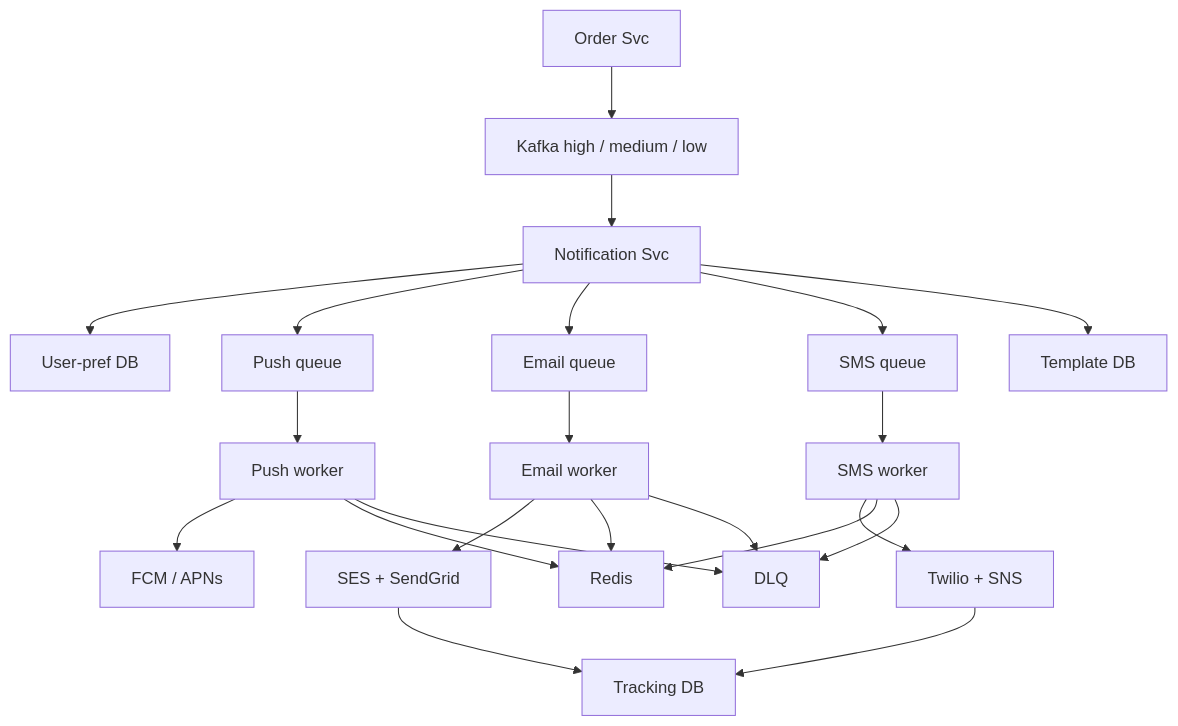
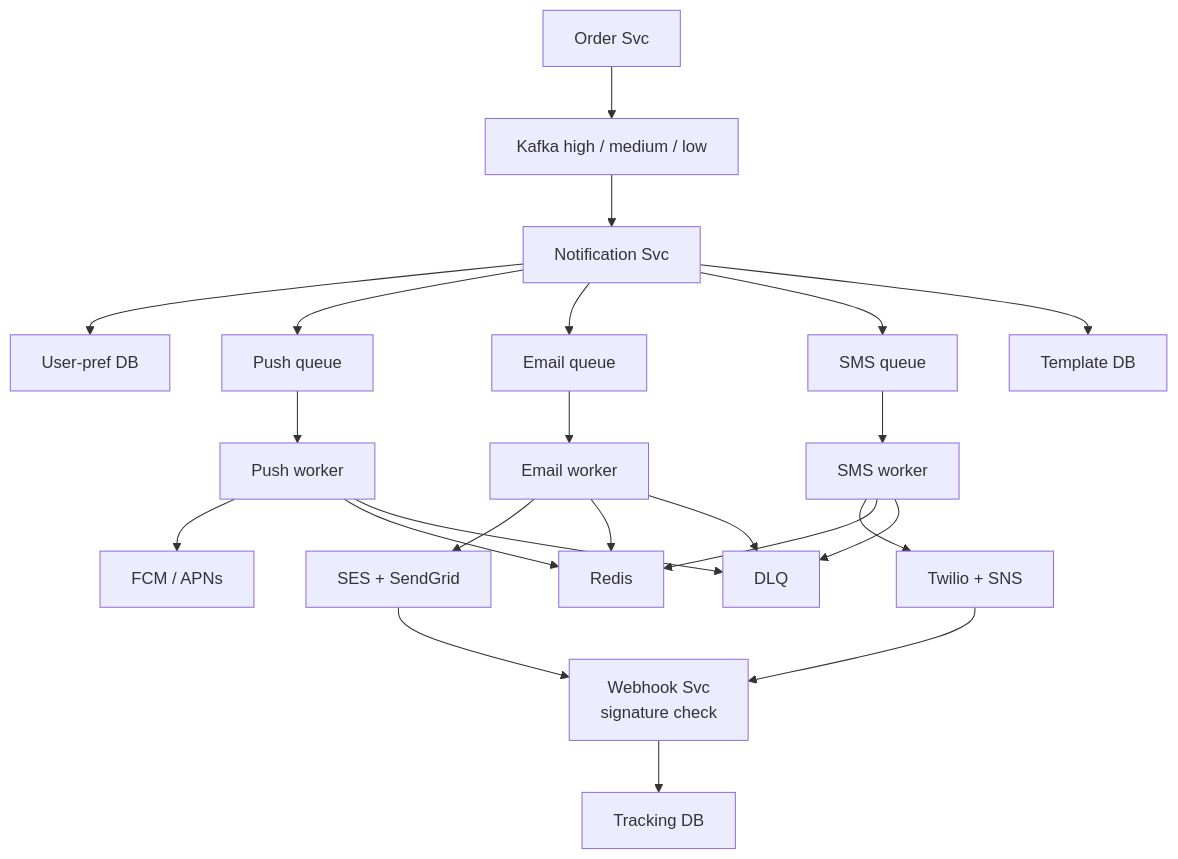
One commit to ArpanMaheshwari144/Prep changed diagram 11 of 14 in 04_HLD/SYSTEM_DESIGNS/04_notification_system/04_notification_system.md. Above: the diagram before and after it, drawn with Mermaid. The commit also changed other lines of this file and 13 other files, not shown here.

First line of the commit message:
hld designs: fix the review findings and put each diagram right below its ILAAJ

````diff
--- a/04_HLD/SYSTEM_DESIGNS/04_notification_system/04_notification_system.md
+++ b/04_HLD/SYSTEM_DESIGNS/04_notification_system/04_notification_system.md
@@ -601,41 +595,43 @@
 ```mermaid
 flowchart TD
     n_Order_Svc["Order Svc"]
     n_Kafka_high_medium_low["Kafka high / medium / low"]
     n_Notification_Svc["Notification Svc"]
     n_User_pref_DB["User-pref DB"]
     n_Template_DB["Template DB"]
     n_Push_queue["Push queue"]
     n_Push_worker["Push worker"]
     n_FCM_APNs["FCM / APNs"]
     n_Email_queue["Email queue"]
     n_Email_worker["Email worker"]
     n_SES_SendGrid["SES + SendGrid"]
     n_SMS_queue["SMS queue"]
     n_SMS_worker["SMS worker"]
     n_Twilio_SNS["Twilio + SNS"]
     n_Redis["Redis"]
+    n_Webhook_Svc["Webhook Svc<br/>signature check"]
     n_Tracking_DB["Tracking DB"]
     n_DLQ["DLQ"]
     n_Order_Svc --> n_Kafka_high_medium_low
     n_Kafka_high_medium_low --> n_Notification_Svc
     n_Notification_Svc --> n_User_pref_DB
     n_Notification_Svc --> n_Push_queue
     n_Notification_Svc --> n_Email_queue
     n_Notification_Svc --> n_SMS_queue
     n_Notification_Svc --> n_Template_DB
     n_Push_queue --> n_Push_worker
     n_Push_worker --> n_FCM_APNs
     n_Email_queue --> n_Email_worker
     n_Email_worker --> n_SES_SendGrid
     n_SMS_queue --> n_SMS_worker
     n_SMS_worker --> n_Twilio_SNS
     n_SMS_worker --> n_Redis
     n_SMS_worker --> n_DLQ
-    n_Twilio_SNS --> n_Tracking_DB
+    n_Twilio_SNS --> n_Webhook_Svc
     n_Push_worker --> n_Redis
     n_Email_worker --> n_Redis
     n_Push_worker --> n_DLQ
     n_Email_worker --> n_DLQ
-    n_SES_SendGrid --> n_Tracking_DB
+    n_SES_SendGrid --> n_Webhook_Svc
+    n_Webhook_Svc --> n_Tracking_DB
 ```
````
